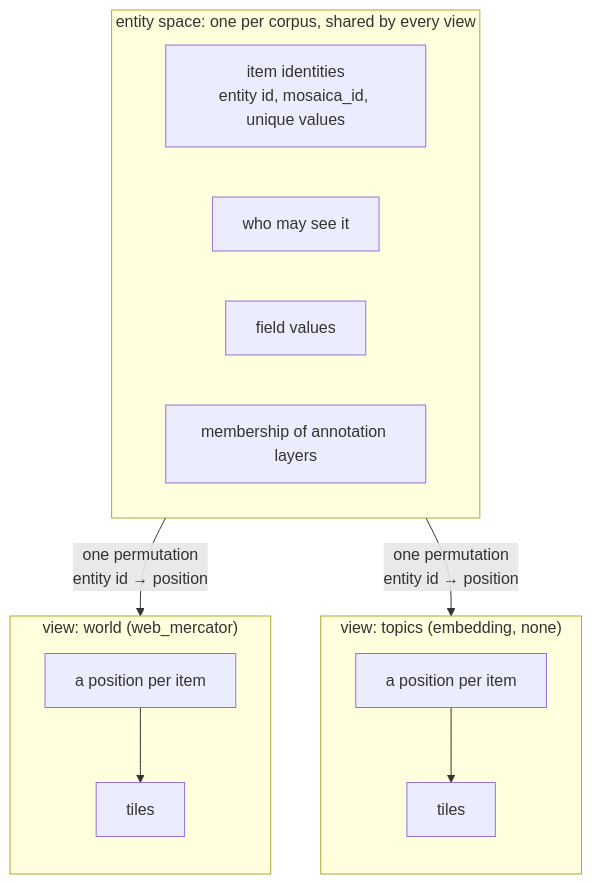
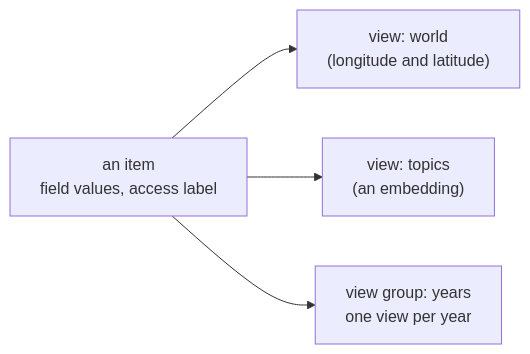
One commit to jennis0/tesseradb changed the diagram in docs/system/data-model.md. Above: the diagram before and after it, drawn with Mermaid. The commit also changed other lines of this file and 6 other files, not shown here.

````diff
--- a/docs/system/data-model.md
+++ b/docs/system/data-model.md
@@ -26,22 +5,7 @@
 ```mermaid
-flowchart TB
-  subgraph entity["entity space: one per corpus, shared by every view"]
-    direction LR
-    ids["item identities<br/>entity id, mosaica_id, unique values"]
-    terms["who may see it"]
-    fields["field values"]
-    members["membership of annotation layers"]
-  end
-
-  subgraph v1["view: world (web_mercator)"]
-    direction TB
-    p1["a position per item"] --> t1["tiles"]
-  end
-  subgraph v2["view: topics (embedding, none)"]
-    direction TB
-    p2["a position per item"] --> t2["tiles"]
-  end
-
-  entity -- "one permutation<br/>entity id → position" --> v1
-  entity -- "one permutation<br/>entity id → position" --> v2
+flowchart LR
+  item["an item<br/>field values, access label"]
+  item --> w["view: world<br/>(longitude and latitude)"]
+  item --> e["view: topics<br/>(an embedding)"]
+  item --> y["view group: years<br/>one view per year"]
 ```
````
